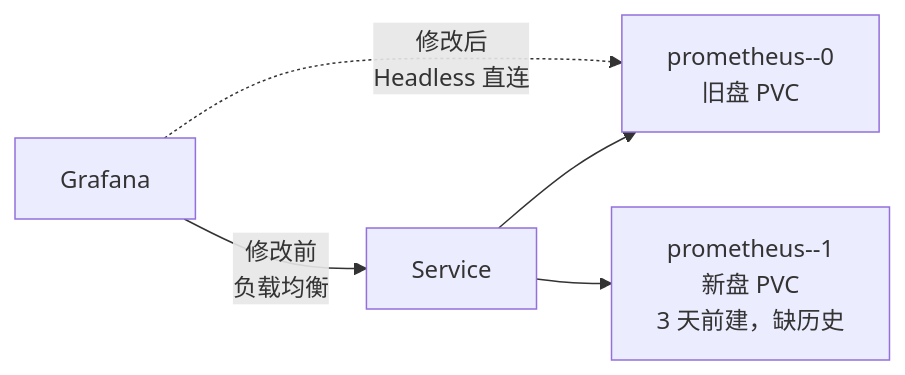
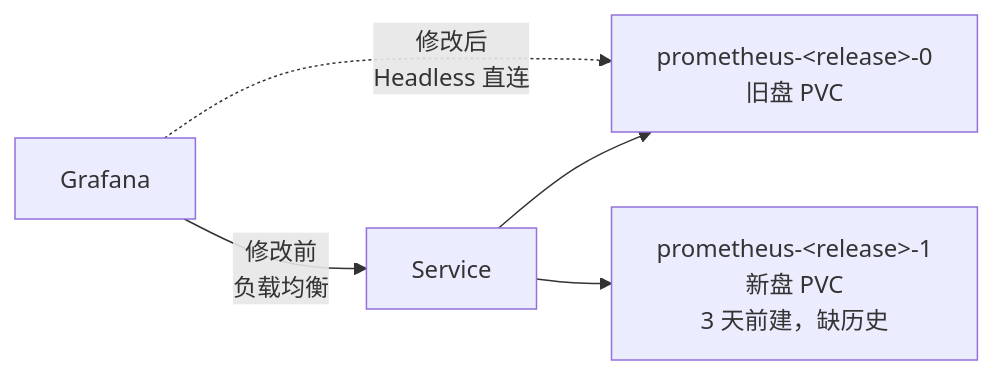
One commit to jianghuifr/jianghuifr.github.io changed the diagram in source/_posts/prometheus-dual-replica-query-flapping.md. Above: the diagram before and after it, drawn with Mermaid. The commit also changed other lines of this file and 17 other files, not shown here.

````diff
--- a/source/_posts/prometheus-dual-replica-query-flapping.md
+++ b/source/_posts/prometheus-dual-replica-query-flapping.md
@@ -16,7 +16,7 @@
 ```mermaid
 flowchart LR
     G[Grafana] -->|修改前<br/>负载均衡| SVC[Service]
-    SVC --> P0["prometheus-<release>-0<br/>旧盘 PVC"]
-    SVC --> P1["prometheus-<release>-1<br/>新盘 PVC<br/>3 天前建，缺历史"]
+    SVC --> P0["prometheus-&lt;release&gt;-0<br/>旧盘 PVC"]
+    SVC --> P1["prometheus-&lt;release&gt;-1<br/>新盘 PVC<br/>3 天前建，缺历史"]
     G -.->|修改后<br/>Headless 直连| P0
 ```
````
